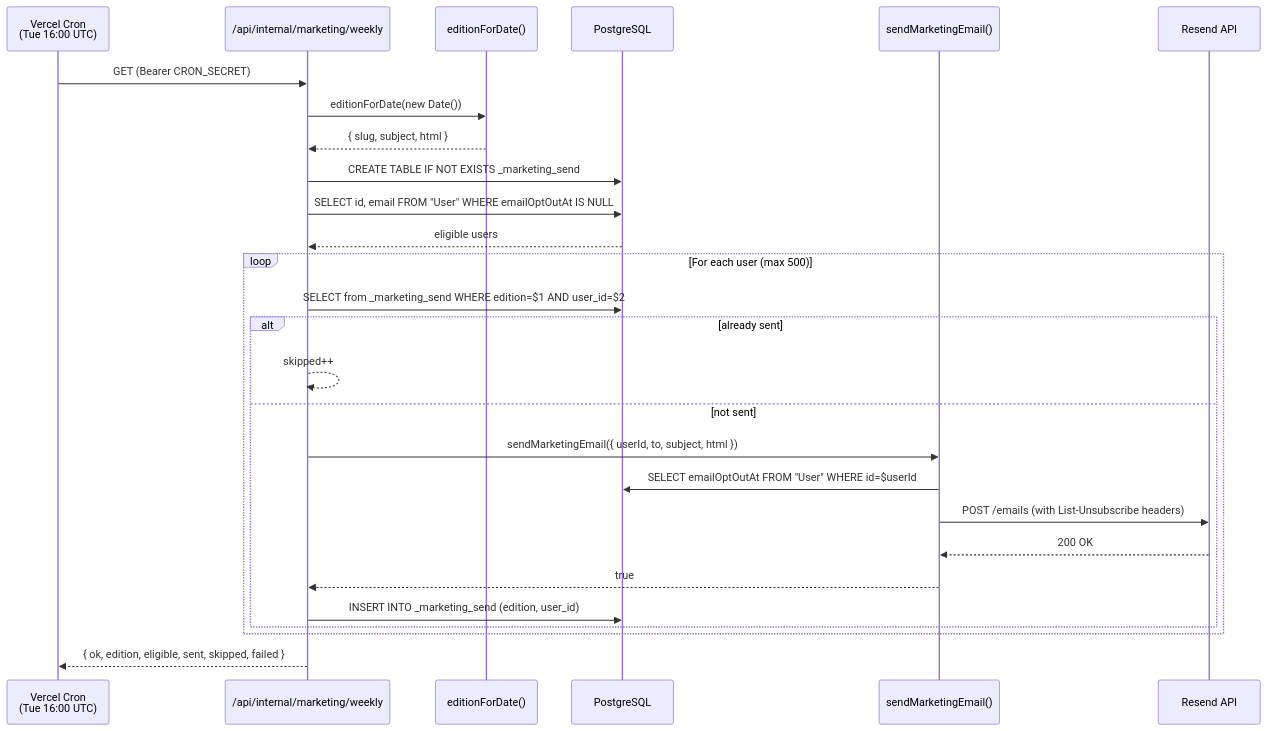
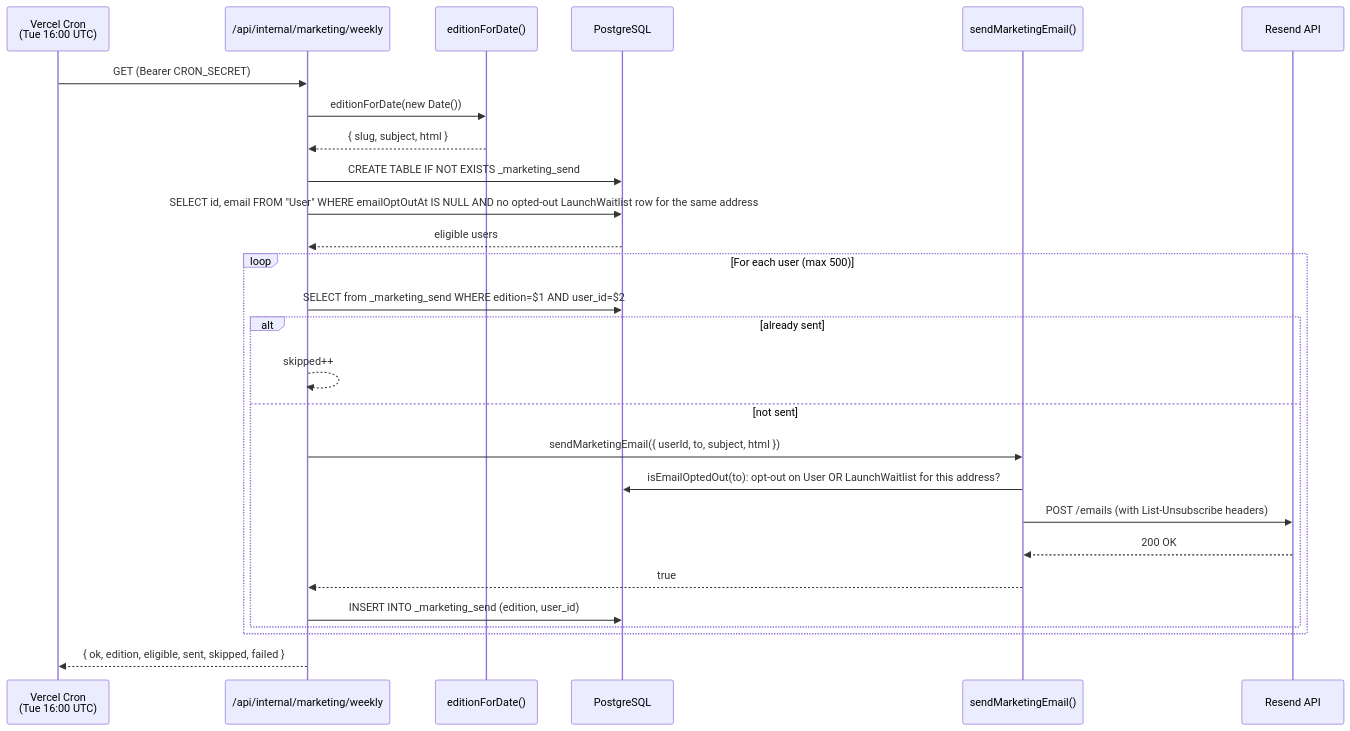
One commit to dgmolla/fitsy changed the diagram in docs/engineering/backend/marketing-emails.md. Above: the diagram before and after it, drawn with Mermaid. The commit also changed other lines of this file, not shown here.

Commit message:
docs(backend): marketing-emails reflects address-keyed suppression

````diff
--- a/docs/engineering/backend/marketing-emails.md
+++ b/docs/engineering/backend/marketing-emails.md
@@ -13,30 +14,30 @@
 ```mermaid
 sequenceDiagram
     participant Vercel as Vercel Cron<br/>(Tue 16:00 UTC)
     participant Route as /api/internal/marketing/weekly
     participant EditionFn as editionForDate()
     participant DB as PostgreSQL
     participant Send as sendMarketingEmail()
     participant Resend as Resend API
 
     Vercel->>Route: GET (Bearer CRON_SECRET)
     Route->>EditionFn: editionForDate(new Date())
     EditionFn-->>Route: { slug, subject, html }
     Route->>DB: CREATE TABLE IF NOT EXISTS _marketing_send
-    Route->>DB: SELECT id, email FROM "User" WHERE emailOptOutAt IS NULL
+    Route->>DB: SELECT id, email FROM "User" WHERE emailOptOutAt IS NULL AND no opted-out LaunchWaitlist row for the same address
     DB-->>Route: eligible users
     loop For each user (max 500)
         Route->>DB: SELECT from _marketing_send WHERE edition=$1 AND user_id=$2
         alt already sent
             Route-->>Route: skipped++
         else not sent
             Route->>Send: sendMarketingEmail({ userId, to, subject, html })
-            Send->>DB: SELECT emailOptOutAt FROM "User" WHERE id=$userId
+            Send->>DB: isEmailOptedOut(to): opt-out on User OR LaunchWaitlist for this address?
             Send->>Resend: POST /emails (with List-Unsubscribe headers)
             Resend-->>Send: 200 OK
             Send-->>Route: true
             Route->>DB: INSERT INTO _marketing_send (edition, user_id)
         end
     end
     Route-->>Vercel: { ok, edition, eligible, sent, skipped, failed }
 ```
````
